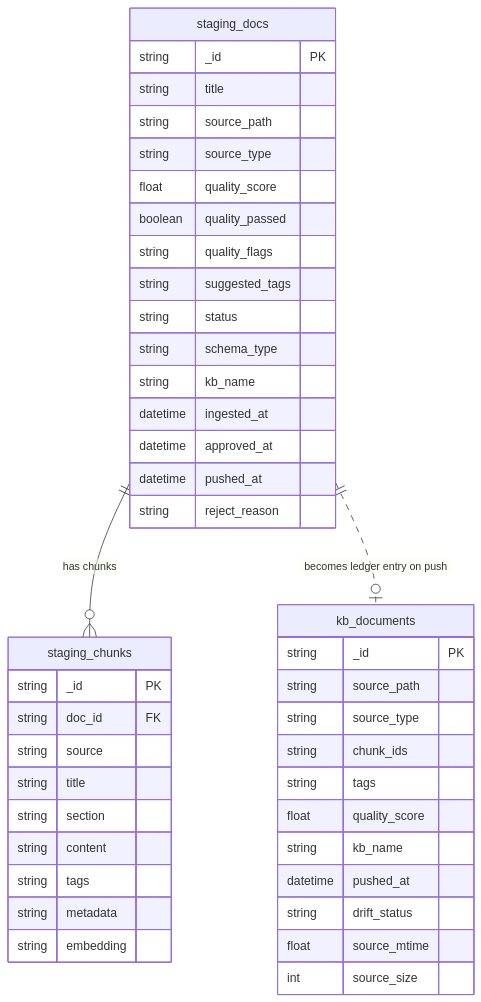
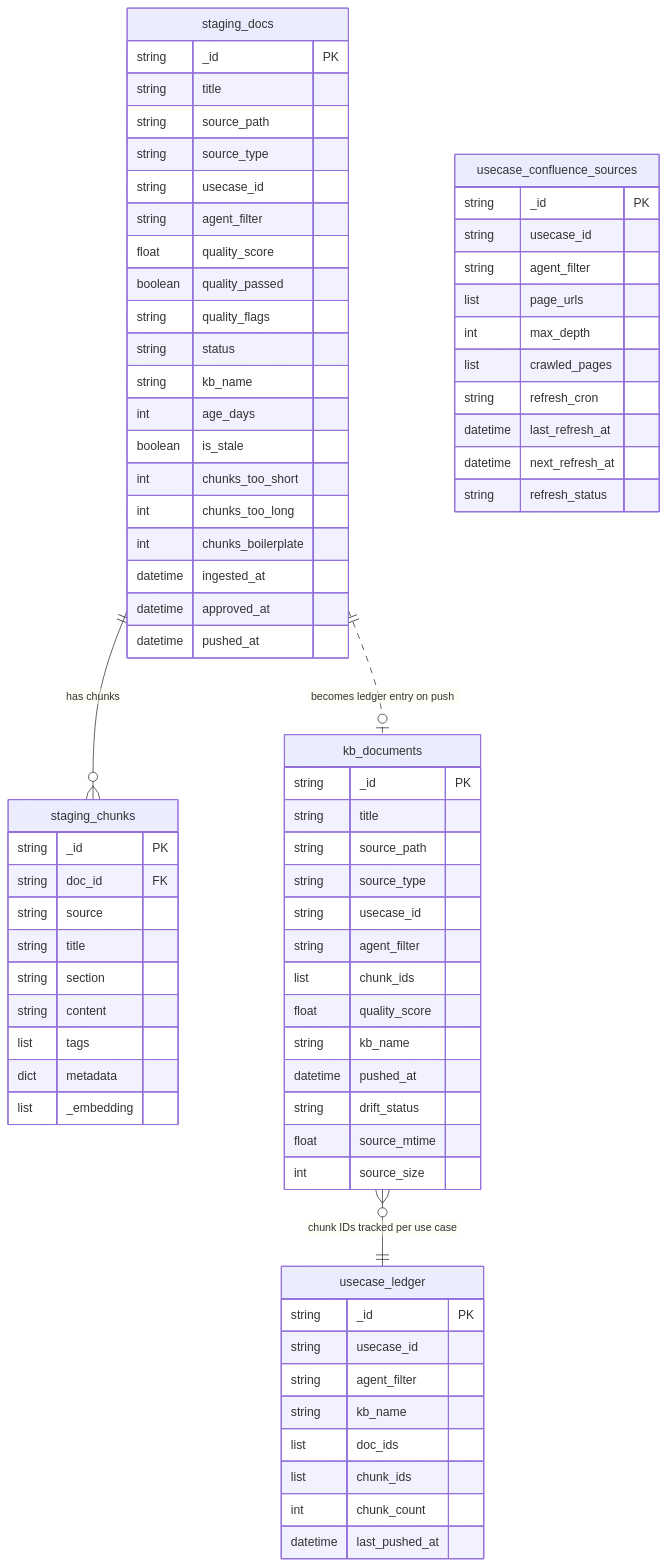
One commit to aasthapit/knowledge-ingestment-pipeline changed the third of 5 diagrams in docs/corpus-lifecycle.md. Above: the diagram before and after it, drawn with Mermaid. The commit also changed other lines of this file and 18 other files, not shown here.

````diff
--- a/docs/corpus-lifecycle.md
+++ b/docs/corpus-lifecycle.md
@@ -193,46 +84,75 @@
 ```mermaid
 erDiagram
     staging_docs {
         string _id PK
         string title
         string source_path
         string source_type
+        string usecase_id
+        string agent_filter
         float quality_score
         boolean quality_passed
         string quality_flags
-        string suggested_tags
         string status
-        string schema_type
         string kb_name
+        int age_days
+        boolean is_stale
+        int chunks_too_short
+        int chunks_too_long
+        int chunks_boilerplate
         datetime ingested_at
         datetime approved_at
         datetime pushed_at
-        string reject_reason
     }
     staging_chunks {
         string _id PK
         string doc_id FK
         string source
         string title
         string section
         string content
-        string tags
-        string metadata
-        string embedding
+        list tags
+        dict metadata
+        list _embedding
     }
     kb_documents {
         string _id PK
+        string title
         string source_path
         string source_type
-        string chunk_ids
-        string tags
+        string usecase_id
+        string agent_filter
+        list chunk_ids
         float quality_score
         string kb_name
         datetime pushed_at
         string drift_status
         float source_mtime
         int source_size
     }
+    usecase_ledger {
+        string _id PK
+        string usecase_id
+        string agent_filter
+        string kb_name
+        list doc_ids
+        list chunk_ids
+        int chunk_count
+        datetime last_pushed_at
+    }
+    usecase_confluence_sources {
+        string _id PK
+        string usecase_id
+        string agent_filter
+        list page_urls
+        int max_depth
+        list crawled_pages
+        string refresh_cron
+        datetime last_refresh_at
+        datetime next_refresh_at
+        string refresh_status
+    }
     staging_docs ||--o{ staging_chunks : "has chunks"
     staging_docs ||..o| kb_documents : "becomes ledger entry on push"
+    kb_documents }o--|| usecase_ledger : "chunk IDs tracked per use case"
 ```
````
